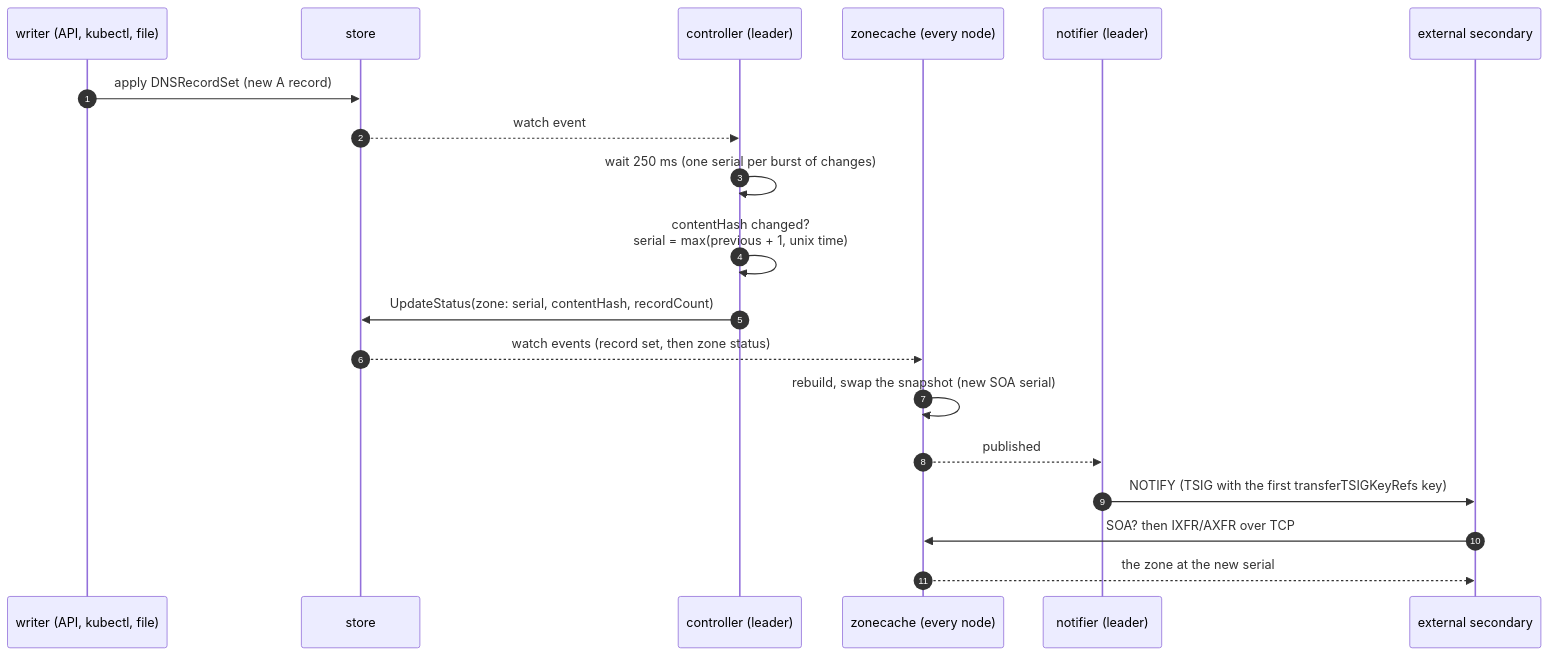
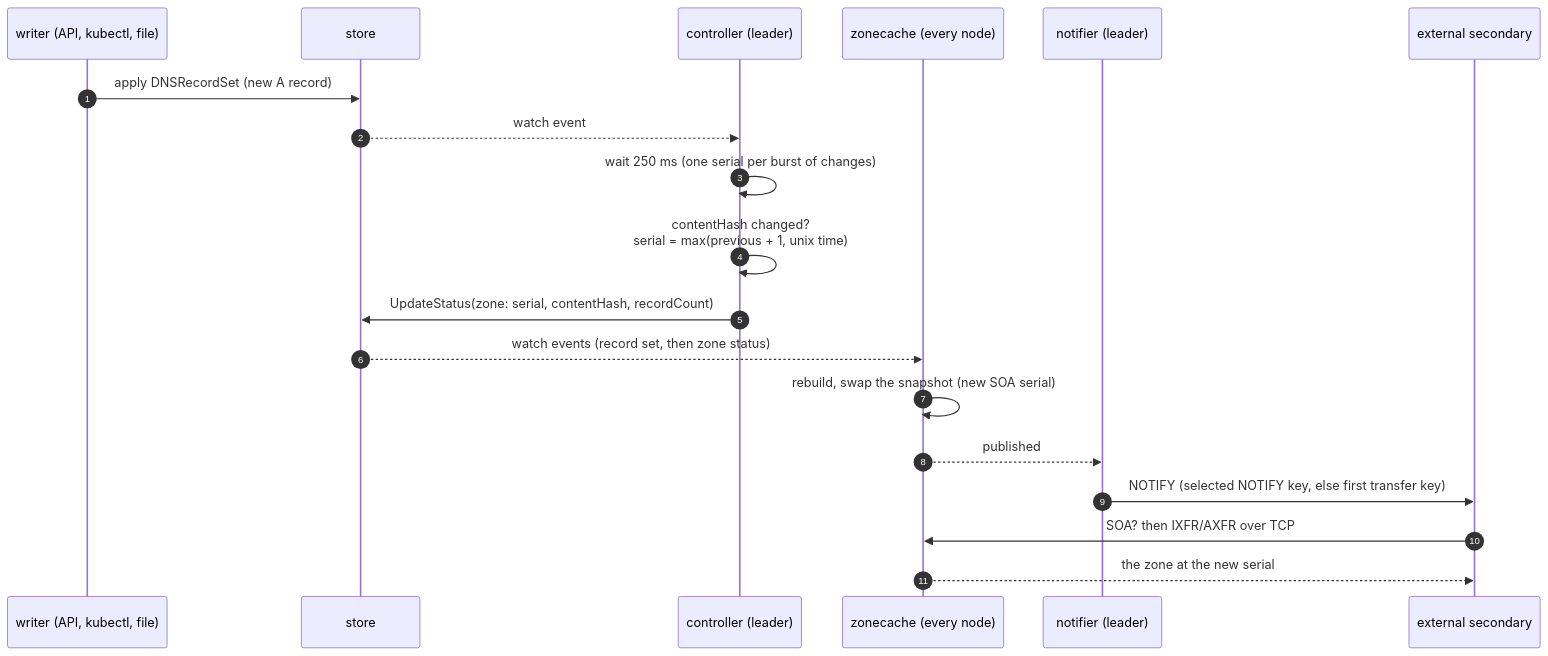
The third of 8 diagrams in docs/architecture/zones.md (robertherbaugh/kudurru), drawn with Mermaid before and after one commit. The commit also changed other lines of this file and 8 other files, not shown here.

````diff
--- a/docs/architecture/zones.md
+++ b/docs/architecture/zones.md
@@ -174,21 +174,21 @@
 ```mermaid
 sequenceDiagram
     autonumber
     participant W as writer (API, kubectl, file)
     participant S as store
     participant C as controller (leader)
     participant Z as zonecache (every node)
     participant N as notifier (leader)
     participant X as external secondary
     W->>S: apply DNSRecordSet (new A record)
     S-->>C: watch event
     C->>C: wait 250 ms (one serial per burst of changes)
     C->>C: contentHash changed?<br/>serial = max(previous + 1, unix time)
     C->>S: UpdateStatus(zone: serial, contentHash, recordCount)
     S-->>Z: watch events (record set, then zone status)
     Z->>Z: rebuild, swap the snapshot (new SOA serial)
     Z-->>N: published
-    N->>X: NOTIFY (TSIG with the first transferTSIGKeyRefs key)
+    N->>X: NOTIFY (selected NOTIFY key, else first transfer key)
     X->>Z: SOA? then IXFR/AXFR over TCP
     Z-->>X: the zone at the new serial
 ```
````
